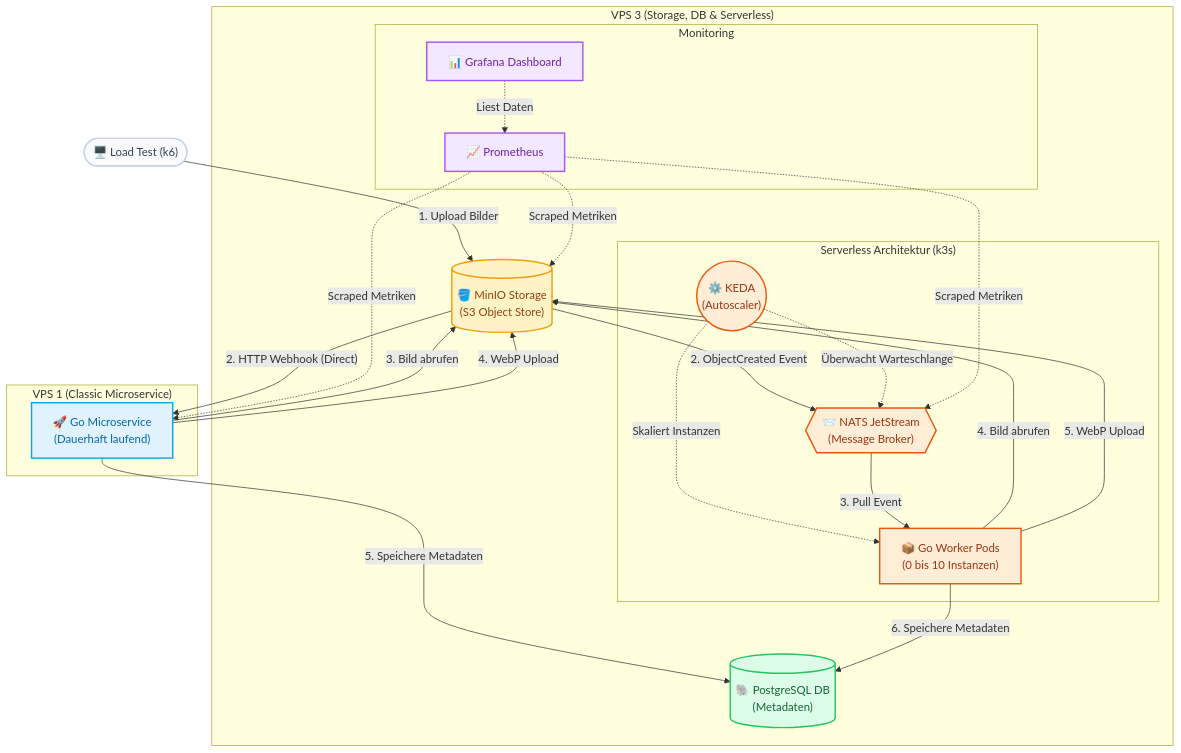
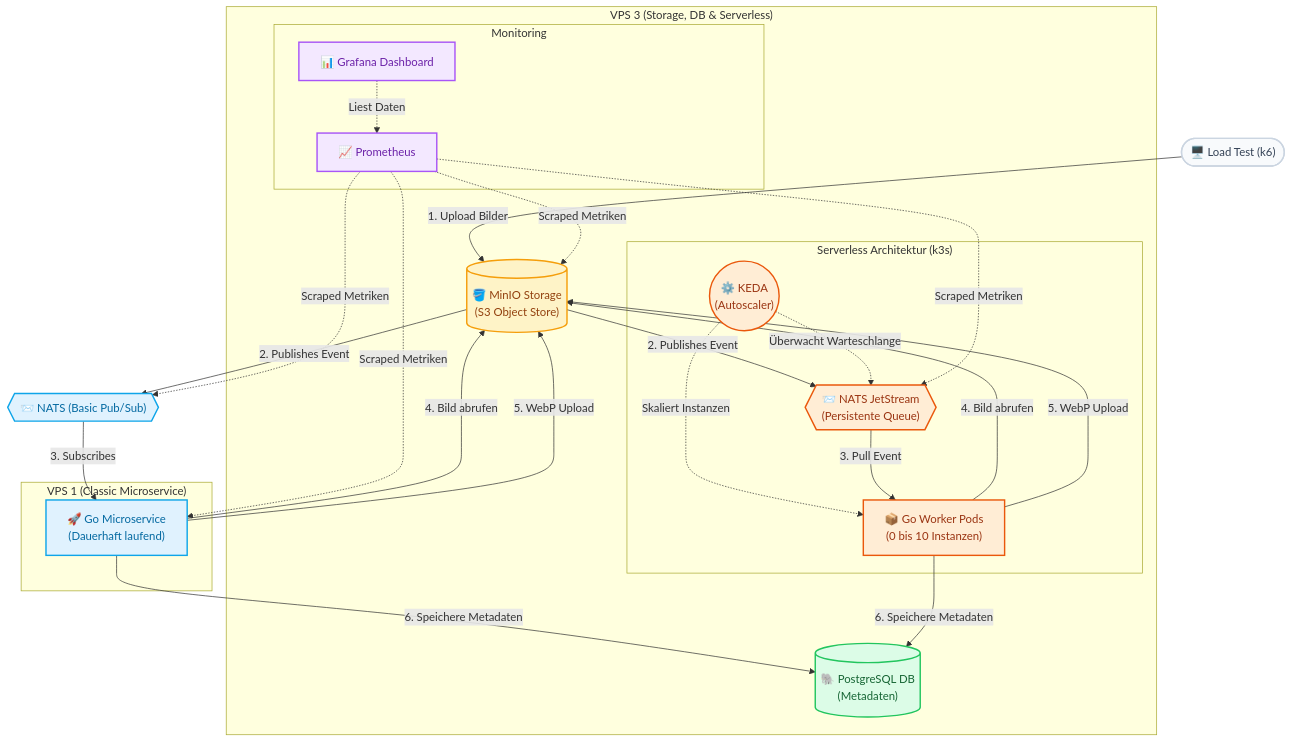
The diagram in ARCHITECTURE.md (ngbui101/Serverless-end), drawn with Mermaid before and after one commit. The commit also changed other lines of this file, not shown here.

Commit message:
Fix NATS vs Webhook description in architecture doc

````diff
--- a/ARCHITECTURE.md
+++ b/ARCHITECTURE.md
@@ -9,56 +9,58 @@
 ```mermaid
 flowchart TB
     %% Farben und Styles definieren
     classDef client fill:#f8fafc,stroke:#cbd5e1,stroke-width:2px,color:#334155;
     classDef storage fill:#fef3c7,stroke:#f59e0b,stroke-width:2px,color:#92400e;
     classDef classic fill:#e0f2fe,stroke:#0ea5e9,stroke-width:2px,color:#0369a1;
     classDef serverless fill:#ffedd5,stroke:#ea580c,stroke-width:2px,color:#9a3412;
     classDef monitoring fill:#f3e8ff,stroke:#a855f7,stroke-width:2px,color:#6b21a8;
     classDef db fill:#dcfce7,stroke:#22c55e,stroke-width:2px,color:#166534;
 
     Client(["🖥️ Load Test (k6)"]):::client
 
     subgraph VPS3 ["VPS 3 (Storage, DB & Serverless)"]
         MinIO[("🪣 MinIO Storage\n(S3 Object Store)")]:::storage
         Postgres[("🐘 PostgreSQL DB\n(Metadaten)")]:::db
         
         subgraph Serverless ["Serverless Architektur (k3s)"]
             NATS{{"📨 NATS JetStream\n(Message Broker)"}}:::serverless
             KEDA(("⚙️ KEDA\n(Autoscaler)")):::serverless
             Workers["📦 Go Worker Pods\n(0 bis 10 Instanzen)"]:::serverless
         end
         
         subgraph Observability ["Monitoring"]
             Prometheus["📈 Prometheus"]:::monitoring
             Grafana["📊 Grafana Dashboard"]:::monitoring
         end
     end
 
     subgraph VPS1 ["VPS 1 (Classic Microservice)"]
         Microservice["🚀 Go Microservice\n(Dauerhaft laufend)"]:::classic
     end
 
     %% Client Uploads
     Client -- "1. Upload Bilder" --> MinIO
 
     %% Classic Flow
-    MinIO -- "2. HTTP Webhook (Direct)" --> Microservice
-    Microservice -- "3. Bild abrufen" --> MinIO
-    Microservice -- "4. WebP Upload" --> MinIO
-    Microservice -- "5. Speichere Metadaten" --> Postgres
+    MinIO -- "2. Publishes Event" --> NATSClassic{{"📨 NATS (Basic Pub/Sub)"}}:::classic
+    NATSClassic -- "3. Subscribes" --> Microservice
+    Microservice -- "4. Bild abrufen" --> MinIO
+    Microservice -- "5. WebP Upload" --> MinIO
+    Microservice -- "6. Speichere Metadaten" --> Postgres
 
     %% Serverless Flow
-    MinIO -- "2. ObjectCreated Event" --> NATS
+    MinIO -- "2. Publishes Event" --> NATS{{"📨 NATS JetStream\n(Persistente Queue)"}}:::serverless
     KEDA -. "Überwacht Warteschlange" .-> NATS
     KEDA -. "Skaliert Instanzen" .-> Workers
     NATS -- "3. Pull Event" --> Workers
     Workers -- "4. Bild abrufen" --> MinIO
     Workers -- "5. WebP Upload" --> MinIO
     Workers -- "6. Speichere Metadaten" --> Postgres
 
     %% Monitoring Flow
     Prometheus -. "Scraped Metriken" .-> Microservice
     Prometheus -. "Scraped Metriken" .-> NATS
+    Prometheus -. "Scraped Metriken" .-> NATSClassic
     Prometheus -. "Scraped Metriken" .-> MinIO
     Grafana -. "Liest Daten" .-> Prometheus
 ```
````
